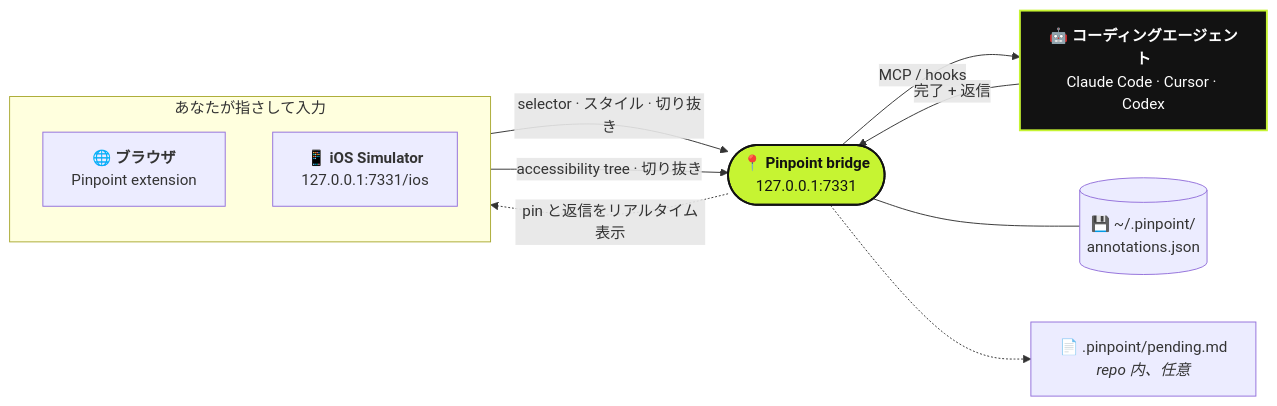
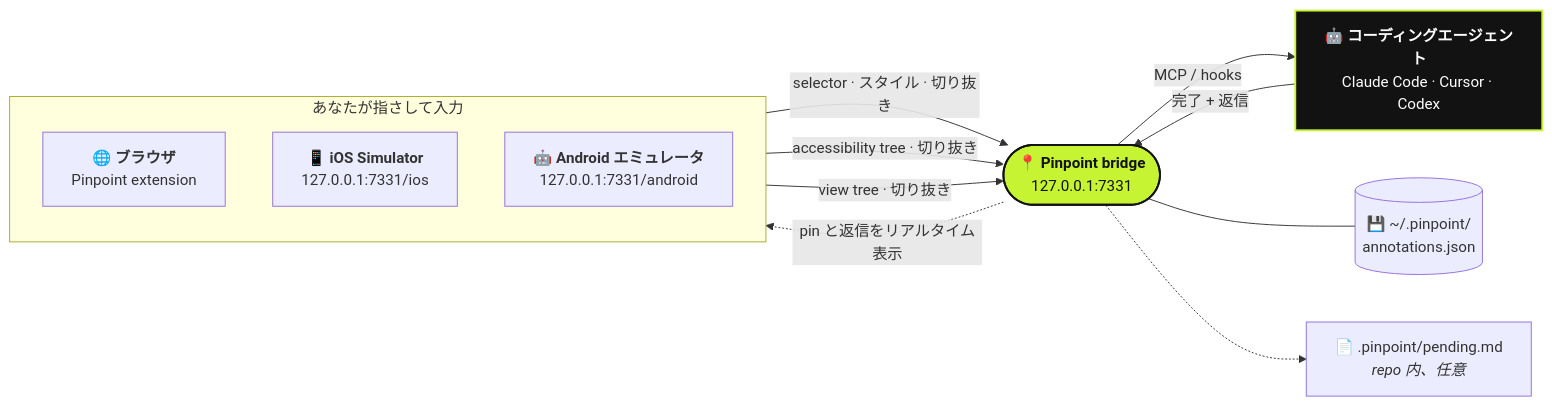
Before and after one commit to gowtham012/PinPoint: the diagram in docs/i18n/README.ja.md, drawn with Mermaid. The commit also changed other lines of this file and 16 other files, not shown here.

````diff
--- a/docs/i18n/README.ja.md
+++ b/docs/i18n/README.ja.md
@@ -44,25 +44,27 @@
 ```mermaid
 flowchart LR
   subgraph you [" あなたが指さして入力 "]
     direction TB
     B["🌐 <b>ブラウザ</b><br/>Pinpoint extension"]
     S["📱 <b>iOS Simulator</b><br/>127.0.0.1:7331/ios"]
+    AN["🤖 <b>Android エミュレータ</b><br/>127.0.0.1:7331/android"]
   end
   BR(["📍 <b>Pinpoint bridge</b><br/>127.0.0.1:7331"])
   ST[("💾 ~/.pinpoint/<br/>annotations.json")]
   F["📄 .pinpoint/pending.md<br/><i>repo 内、任意</i>"]
   A["🤖 <b>コーディングエージェント</b><br/>Claude Code · Cursor · Codex"]
 
   B -- "selector · スタイル · 切り抜き" --> BR
   S -- "accessibility tree · 切り抜き" --> BR
+  AN -- "view tree · 切り抜き" --> BR
   BR -- "MCP / hooks" --> A
   A -- "完了 + 返信" --> BR
   BR -. "pin と返信をリアルタイム表示" .-> B
   BR --- ST
   BR -.-> F
 
   classDef bridge fill:#c6f432,stroke:#121212,stroke-width:2px,color:#121212
   classDef agent fill:#121212,stroke:#c6f432,stroke-width:2px,color:#ffffff
   class BR bridge
   class A agent
 ```
````
